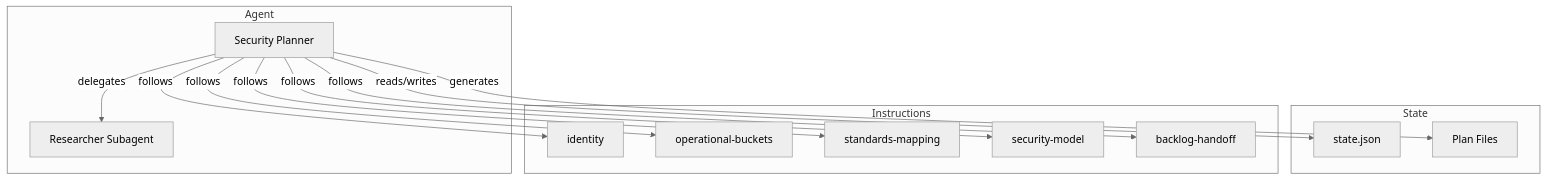
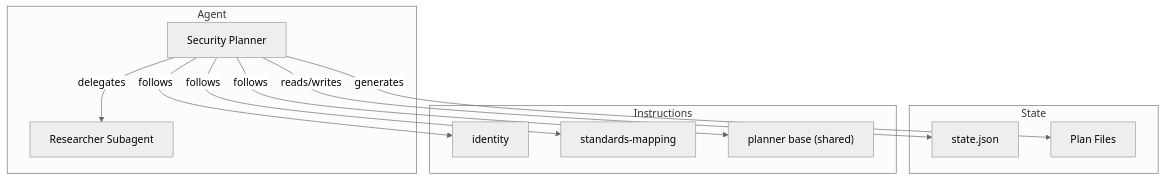
Before and after one commit to microsoft/hve-core: the diagram in docs/agents/security/agent-overview.md, drawn with Mermaid (neutral theme). The commit also changed other lines of this file and 22 other files, not shown here.

````diff
--- a/docs/agents/security/agent-overview.md
+++ b/docs/agents/security/agent-overview.md
@@ -23,25 +23,23 @@
 ```mermaid
 flowchart TD
   subgraph Agent
     SP["Security Planner"]
     RS["Researcher Subagent"]
   end
 
   subgraph State
     SJ["state.json"]
     PF["Plan Files"]
   end
 
   subgraph Instructions
     I1["identity"]
-    I2["operational-buckets"]
-    I3["standards-mapping"]
-    I4["security-model"]
-    I5["backlog-handoff"]
+    I2["standards-mapping"]
+    I3["planner base (shared)"]
   end
 
   SP -->|"delegates"| RS
   SP -->|"reads/writes"| SJ
   SP -->|"generates"| PF
-  SP -->|"follows"| I1 & I2 & I3 & I4 & I5
+  SP -->|"follows"| I1 & I2 & I3
 ```
````
